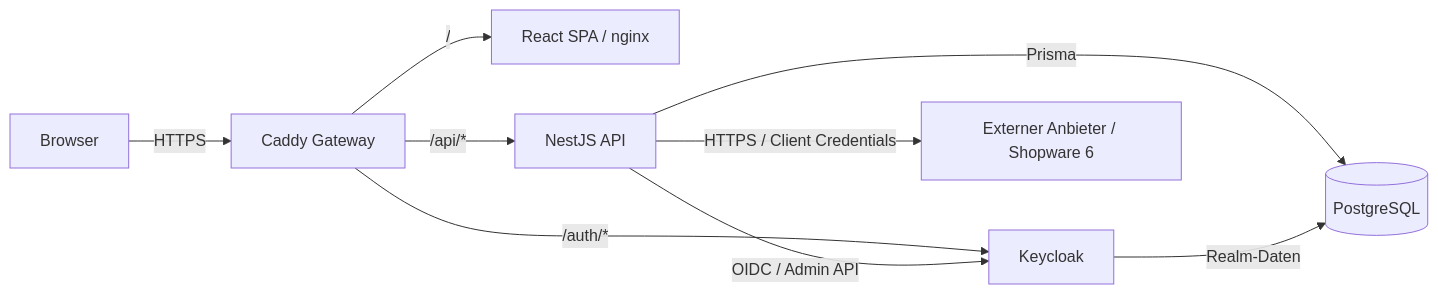
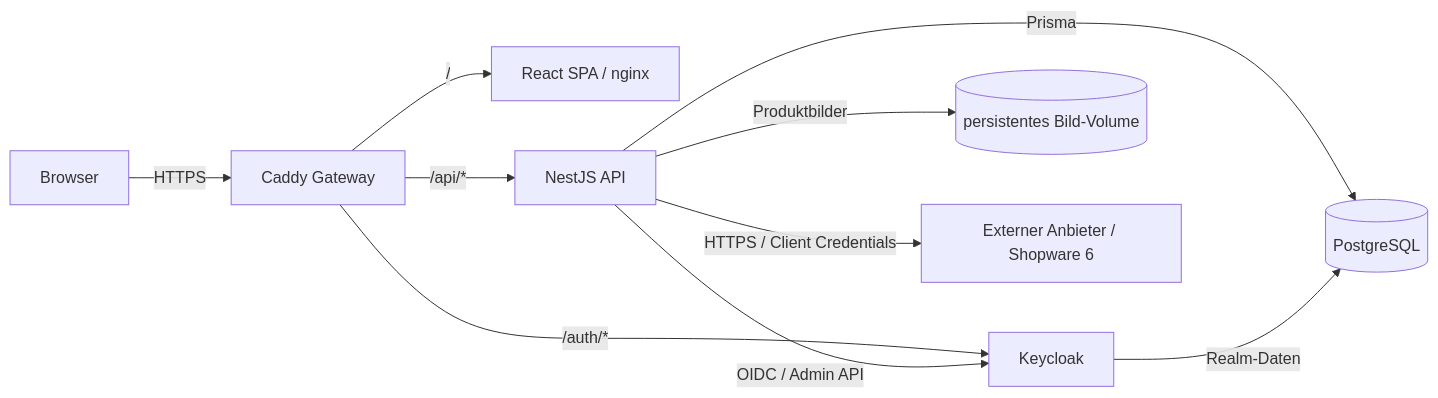
The diagram in docs/PROJEKTDOKUMENTATION.md (adwes1/CMS_ERP), drawn with Mermaid before and after one commit. The commit also changed other lines of this file and 40 other files, not shown here.

````diff
--- a/docs/PROJEKTDOKUMENTATION.md
+++ b/docs/PROJEKTDOKUMENTATION.md
@@ -258,11 +309,12 @@
 ```mermaid
 flowchart LR
     B["Browser"] -->|"HTTPS"| G["Caddy Gateway"]
     G -->|"/"| W["React SPA / nginx"]
     G -->|"/api/*"| A["NestJS API"]
     G -->|"/auth/*"| K["Keycloak"]
     A -->|"Prisma"| P[("PostgreSQL")]
+    A -->|"Produktbilder"| I[("persistentes Bild-Volume")]
     A -->|"OIDC / Admin API"| K
     A -->|"HTTPS / Client Credentials"| E["Externer Anbieter / Shopware 6"]
     K -->|"Realm-Daten"| P
 ```
````
